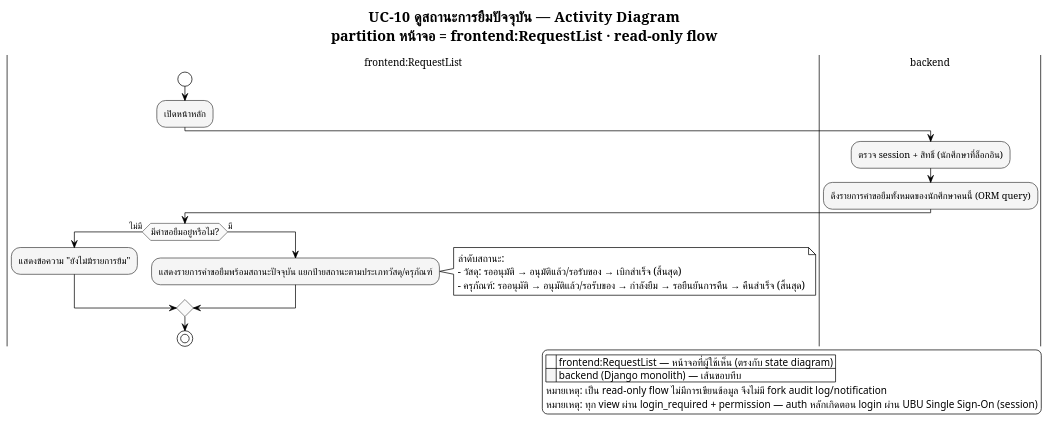
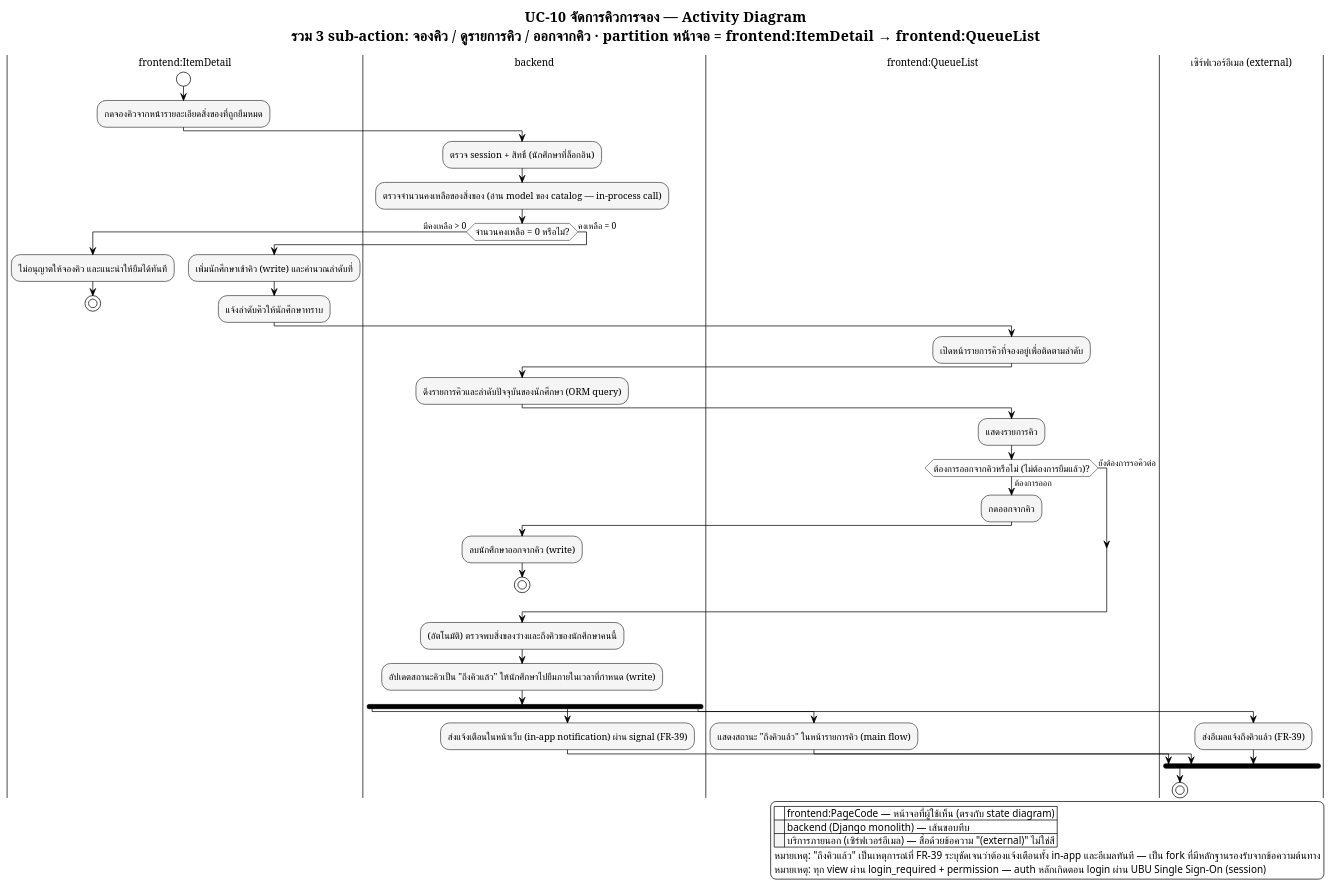
One commit to patlnwza-007/project-2569 changed the diagram in docs/proposal/usecase/activity_module3_uc10.puml. Above: the diagram before and after it, drawn with PlantUML. The commit also changed 176 other files, not shown here.

```diff
--- a/docs/proposal/usecase/activity_module3_uc10.puml
+++ b/docs/proposal/usecase/activity_module3_uc10.puml
@@ -1,72 +1,102 @@
 @startuml activity_module3_uc10
 ' ══════════════════════════════════════════════════════════════════
 ' รองรับภาษาไทย — อ่านก่อน render:
 ' 1. บันทึกไฟล์นี้เป็น UTF-8 (ไม่ต้องมี BOM) เสมอ
 ' 2. ถ้า render ผ่าน CLI (plantuml.jar) ต้องระบุ flag encoding ด้วย:
-'      java -Dfile.encoding=UTF-8 -jar plantuml.jar -charset UTF-8 activity_borrow_UC10_view_status.puml
+'      java -Dfile.encoding=UTF-8 -jar plantuml.jar -charset UTF-8 activity_borrow_UC10_manage_queue.puml
 ' 3. บังคับใช้ Smetana (pure-Java layout engine) แทน Graphviz/dot
 '    เพราะ Graphviz บางระบบ (โดยเฉพาะ Windows) อ่าน UTF-8 ไม่ตรง ทำให้ตัวอักษรไทยเพี้ยน/หาย
 !pragma layout smetana
 ' 4. ฟอนต์ที่มีสระ/วรรณยุกต์ไทยครบและ render ผ่าน Java ได้เสถียร
 '    - Windows: "TH Sarabun New" (ฟอนต์มาตรฐานราชการ) หรือ "Tahoma" (มากับเครื่องอยู่แล้ว)
 '    - Linux / PlantUML online server: เปลี่ยนเป็น "Noto Sans Thai" หรือ "Loma"
 skinparam defaultFontName "TH Sarabun New"
 skinparam defaultFontSize 14
 ' ══════════════════════════════════════════════════════════════════
 
 !theme plain
 skinparam titleFontName "TH Sarabun New"
 skinparam titleFontSize 20
 skinparam noteFontName "TH Sarabun New"
 skinparam ArrowFontName "TH Sarabun New"
 skinparam ArrowFontSize 12
 skinparam swimlaneTitleFontName "TH Sarabun New"
 skinparam swimlaneTitleFontSize 14
 
 ' ===== Monochrome เท่านั้น =====
 skinparam activity {
   BackgroundColor #F5F5F5
   BorderColor #424242
   FontName "TH Sarabun New"
   FontSize 13
   DiamondBackgroundColor #FAFAFA
   DiamondBorderColor #616161
 }
 skinparam partition {
   BackgroundColor #FAFAFA
   BorderColor #424242
 }
 
-title UC-10 ดูสถานะการยืมปัจจุบัน — Activity Diagram\npartition หน้าจอ = frontend:RequestList · read-only flow
+title UC-10 จัดการคิวการจอง — Activity Diagram\nรวม 3 sub-action: จองคิว / ดูรายการคิว / ออกจากคิว · partition หน้าจอ = frontend:ItemDetail → frontend:QueueList
 
-|frontend:RequestList|
+|frontend:ItemDetail|
 start
 ' สมมติว่า login แล้ว (session) — ไม่ต้องวาด OAuth/SSO ซ้ำใน flow นี้
-:เปิดหน้าหลัก;
+:กดจองคิวจากหน้ารายละเอียดสิ่งของที่ถูกยืมหมด;
 
 |backend|
 :ตรวจ session + สิทธิ์ (นักศึกษาที่ล็อกอิน);
-:ดึงรายการคำขอยืมทั้งหมดของนักศึกษาคนนี้ (ORM query);
+:ตรวจจำนวนคงเหลือของสิ่งของ (อ่าน model ของ catalog — in-process call);
+if (จำนวนคงเหลือ = 0 หรือไม่?) then (มีคงเหลือ > 0)
+  |frontend:ItemDetail|
+  :ไม่อนุญาตให้จองคิว และแนะนำให้ยืมได้ทันที;
+  stop
+else (คงเหลือ = 0)
+  :เพิ่มนักศึกษาเข้าคิว (write) และคำนวณลำดับที่;
+  |frontend:ItemDetail|
+  :แจ้งลำดับคิวให้นักศึกษาทราบ;
+endif
 
-|frontend:RequestList|
-if (มีคำขอยืมอยู่หรือไม่?) then (ไม่มี)
-  :แสดงข้อความ "ยังไม่มีรายการยืม";
-else (มี)
-  :แสดงรายการคำขอยืมพร้อมสถานะปัจจุบัน แยกป้ายสถานะตามประเภทวัสดุ/ครุภัณฑ์;
-  note right
-    ลำดับสถานะ:
-    - วัสดุ: รออนุมัติ → อนุมัติแล้ว/รอรับของ → เบิกสำเร็จ (สิ้นสุด)
-    - ครุภัณฑ์: รออนุมัติ → อนุมัติแล้ว/รอรับของ → กำลังยืม → รอยืนยันการคืน → คืนสำเร็จ (สิ้นสุด)
-  end note
+|frontend:QueueList|
+:เปิดหน้ารายการคิวที่จองอยู่เพื่อติดตามลำดับ;
+
+|backend|
+:ดึงรายการคิวและลำดับปัจจุบันของนักศึกษา (ORM query);
+
+|frontend:QueueList|
+:แสดงรายการคิว;
+if (ต้องการออกจากคิวหรือไม่ (ไม่ต้องการยืมแล้ว)?) then (ต้องการออก)
+  :กดออกจากคิว;
+  |backend|
+  :ลบนักศึกษาออกจากคิว (write);
+  stop
+else (ยังต้องการรอคิวต่อ)
 endif
+
+' ===== เหตุการณ์อัตโนมัติ: เมื่อสิ่งของว่างและถึงคิวของนักศึกษาคนนี้ (background job, แยกจาก action ของ actor ข้างบน) =====
+|backend|
+:(อัตโนมัติ) ตรวจพบสิ่งของว่างและถึงคิวของนักศึกษาคนนี้;
+:อัปเดตสถานะคิวเป็น "ถึงคิวแล้ว" ให้นักศึกษาไปยืมภายในเวลาที่กำหนด (write);
+
+fork
+  |frontend:QueueList|
+  :แสดงสถานะ "ถึงคิวแล้ว" ในหน้ารายการคิว (main flow);
+fork again
+  |backend|
+  :ส่งแจ้งเตือนในหน้าเว็บ (in-app notification) ผ่าน signal (FR-39);
+fork again
+  |เซิร์ฟเวอร์อีเมล (external)|
+  :ส่งอีเมลแจ้งถึงคิวแล้ว (FR-39);
+end fork
 
 stop
 
 legend right
-  |<back:white>    </back>| frontend:RequestList — หน้าจอที่ผู้ใช้เห็น (ตรงกับ state diagram) |
+  |<back:white>    </back>| frontend:PageCode — หน้าจอที่ผู้ใช้เห็น (ตรงกับ state diagram) |
   |<back:#F5F5F5>    </back>| backend (Django monolith) — เส้นขอบทึบ |
-  หมายเหตุ: เป็น read-only flow ไม่มีการเขียนข้อมูล จึงไม่มี fork audit log/notification
+  |<back:#F5F5F5>    </back>| บริการภายนอก (เซิร์ฟเวอร์อีเมล) — สื่อด้วยข้อความ "(external)" ไม่ใช่สี |
+  หมายเหตุ: "ถึงคิวแล้ว" เป็นเหตุการณ์ที่ FR-39 ระบุชัดเจนว่าต้องแจ้งเตือนทั้ง in-app และอีเมลทันที — เป็น fork ที่มีหลักฐานรองรับจากข้อความต้นทาง
   หมายเหตุ: ทุก view ผ่าน login_required + permission — auth หลักเกิดตอน login ผ่าน UBU Single Sign-On (session)
 endlegend
 
 @enduml
```
